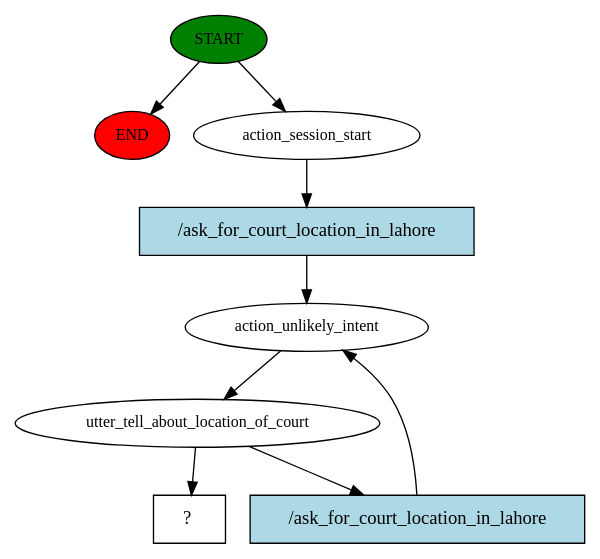
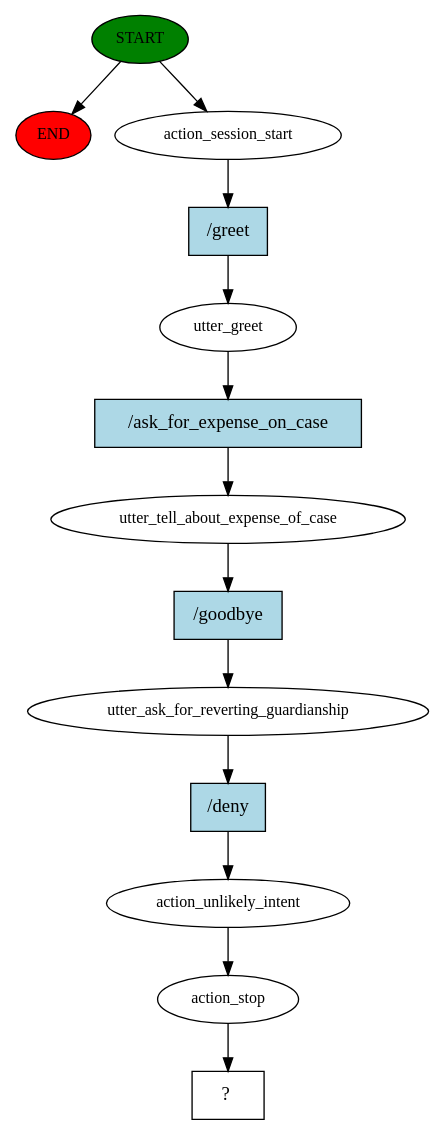
The diagram in story_graph.dot (Subhan-Zaheer/RASA_chatbot), drawn with Graphviz before and after one commit. The commit also changed 1744 other files, not shown here.

```diff
--- a/story_graph.dot
+++ b/story_graph.dot
@@ -1,18 +1,27 @@
 digraph  {
 0 [class="start active", fillcolor=green, fontsize=12, label=START, style=filled];
 "-1" [class=end, fillcolor=red, fontsize=12, label=END, style=filled];
 1 [class=active, fontsize=12, label=action_session_start];
-2 [class=active, fontsize=12, label=action_unlikely_intent];
-3 [class=active, fontsize=12, label=utter_tell_about_location_of_court];
-6 [class="intent dashed active", label="  ?  ", shape=rect];
-7 [class="intent active", fillcolor=lightblue, label="/ask_for_court_location_in_lahore", shape=rect, style=filled];
-8 [class="intent active", fillcolor=lightblue, label="/ask_for_court_location_in_lahore", shape=rect, style=filled];
+2 [class=active, fontsize=12, label=utter_greet];
+3 [class=active, fontsize=12, label=utter_tell_about_expense_of_case];
+4 [class=active, fontsize=12, label=utter_ask_for_reverting_guardianship];
+5 [class=active, fontsize=12, label=action_unlikely_intent];
+6 [class=active, fontsize=12, label=action_stop];
+7 [class="intent dashed active", label="  ?  ", shape=rect];
+8 [class="intent active", fillcolor=lightblue, label="/greet", shape=rect, style=filled];
+9 [class="intent active", fillcolor=lightblue, label="/ask_for_expense_on_case", shape=rect, style=filled];
+10 [class="intent active", fillcolor=lightblue, label="/goodbye", shape=rect, style=filled];
+11 [class="intent active", fillcolor=lightblue, label="/deny", shape=rect, style=filled];
 0 -> "-1"  [class="", key=NONE, label=""];
 0 -> 1  [class=active, key=NONE, label=""];
-1 -> 7  [class=active, key=0];
-2 -> 3  [class=active, key=NONE, label=""];
-3 -> 6  [class=active, key=NONE, label=""];
-3 -> 8  [class=active, key=0];
-7 -> 2  [class=active, key=0];
+1 -> 8  [class=active, key=0];
+2 -> 9  [class=active, key=0];
+3 -> 10  [class=active, key=0];
+4 -> 11  [class=active, key=0];
+5 -> 6  [class=active, key=NONE, label=""];
+6 -> 7  [class=active, key=NONE, label=""];
 8 -> 2  [class=active, key=0];
+9 -> 3  [class=active, key=0];
+10 -> 4  [class=active, key=0];
+11 -> 5  [class=active, key=0];
 }
```
